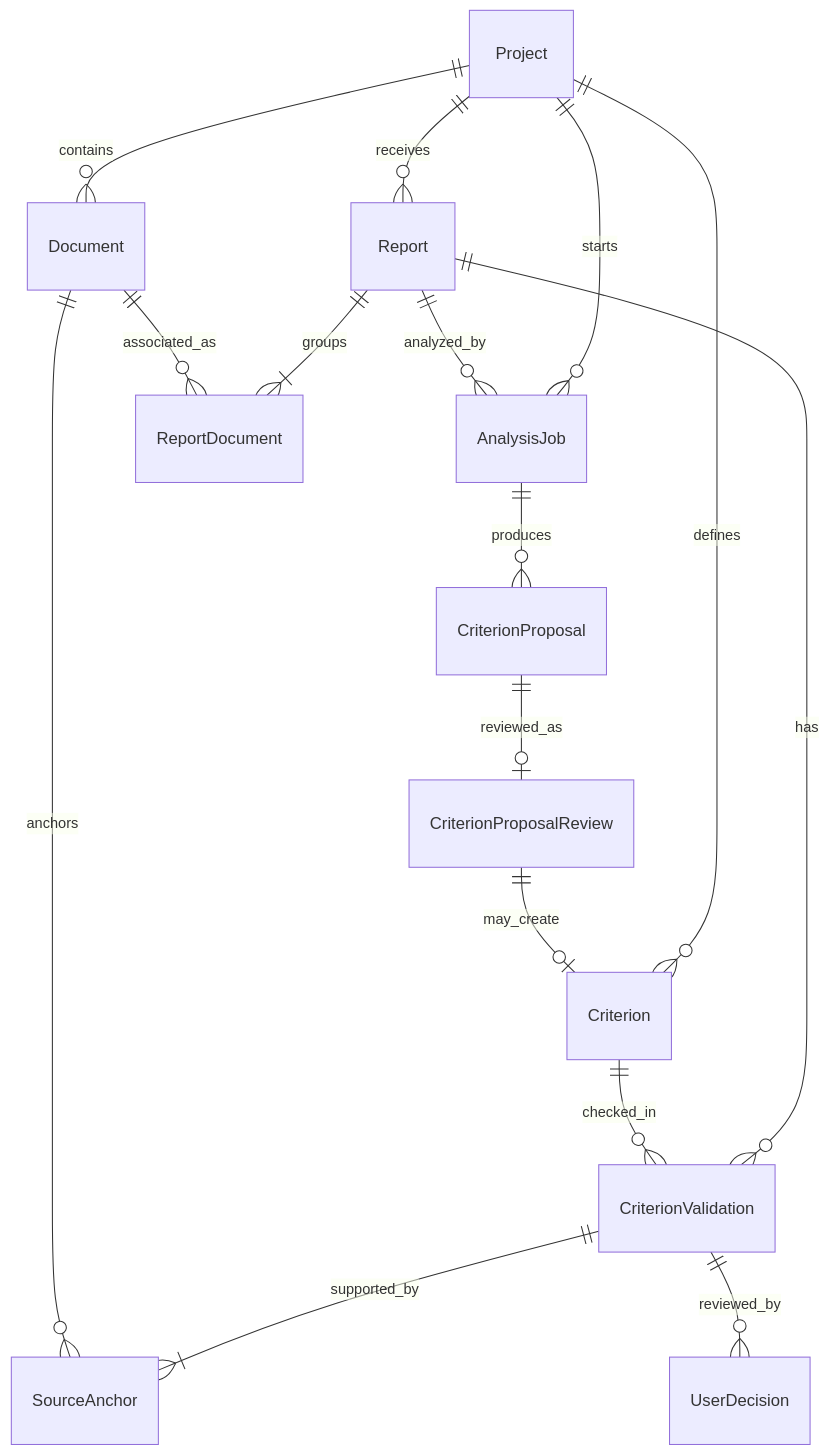
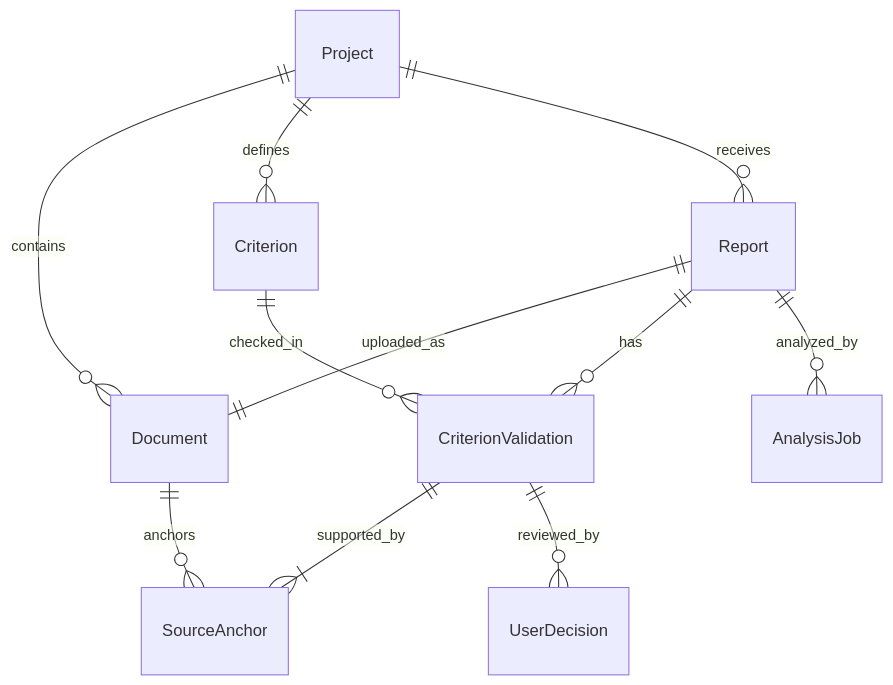
The diagram in docs/data-model.md (lupumihnea/chiatraton-adr-nord-est), drawn with Mermaid before and after one commit. The commit also changed other lines of this file and 26 other files, not shown here.

````diff
--- a/docs/data-model.md
+++ b/docs/data-model.md
@@ -7,18 +7,13 @@
 ```mermaid
 erDiagram
     Project ||--o{ Document : contains
     Project ||--o{ Criterion : defines
-    Project ||--o{ AnalysisJob : starts
     Project ||--o{ Report : receives
-    Report ||--|{ ReportDocument : groups
-    Document ||--o{ ReportDocument : associated_as
+    Report ||--|| Document : uploaded_as
     Report ||--o{ CriterionValidation : has
     Criterion ||--o{ CriterionValidation : checked_in
     CriterionValidation ||--|{ SourceAnchor : supported_by
     Document ||--o{ SourceAnchor : anchors
     CriterionValidation ||--o{ UserDecision : reviewed_by
     Report ||--o{ AnalysisJob : analyzed_by
-    AnalysisJob ||--o{ CriterionProposal : produces
-    CriterionProposal ||--o| CriterionProposalReview : reviewed_as
-    CriterionProposalReview ||--o| Criterion : may_create
 ```
````
